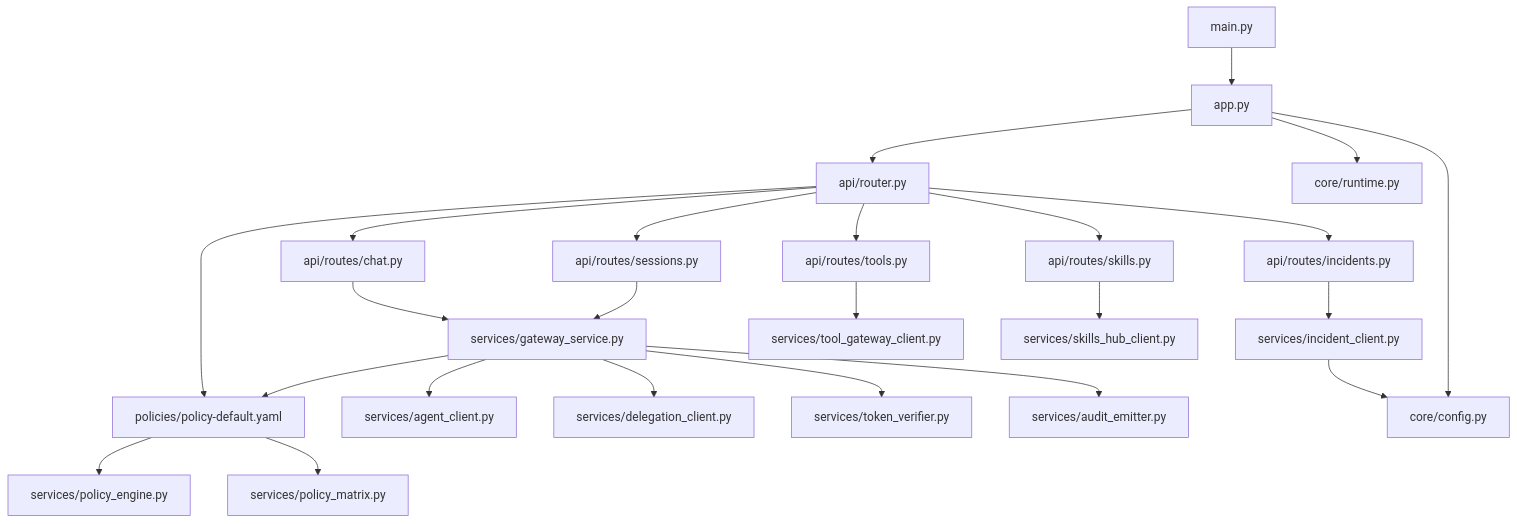
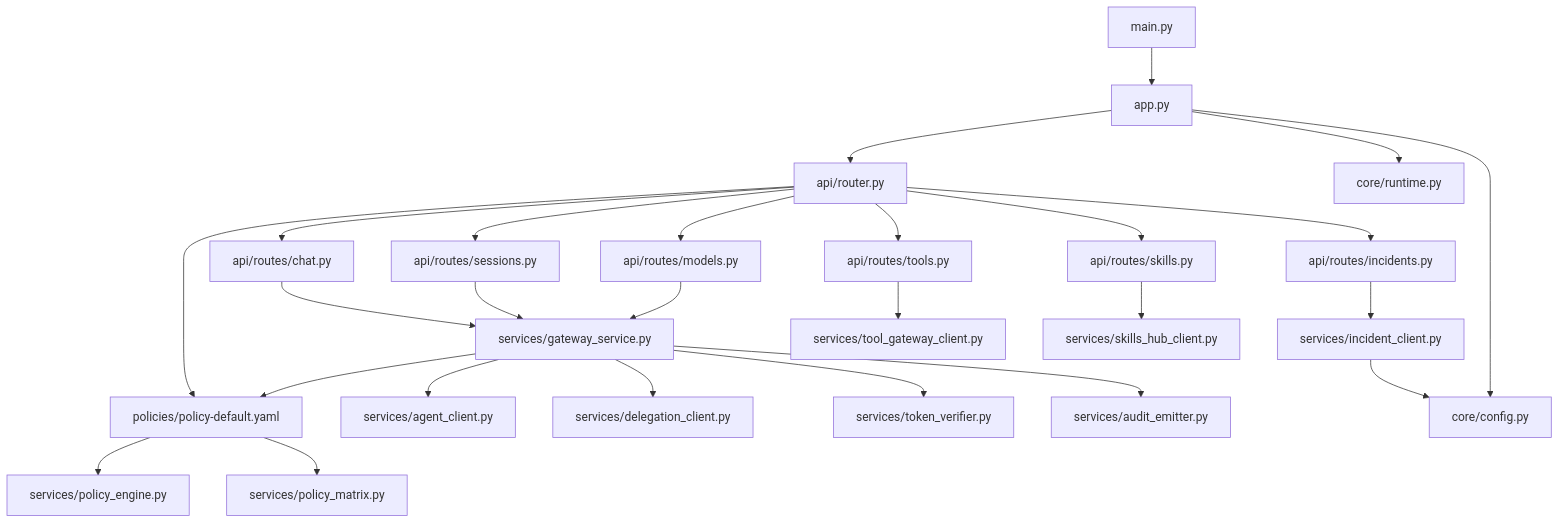
One commit to metasync/luban-aiops changed diagram 15 of 15 in .qoder/repowiki/en/content/Architecture Documentation/Platform Gateway Service.md. Above: the diagram before and after it, drawn with Mermaid. The commit also changed other lines of this file and 24 other files, not shown here.

````diff
--- a/.qoder/repowiki/en/content/Architecture Documentation/Platform Gateway Service.md
+++ b/.qoder/repowiki/en/content/Architecture Documentation/Platform Gateway Service.md
@@ -1013,26 +923,28 @@
 ```mermaid
 graph TB
 Main["main.py"] --> App["app.py"]
 App --> Router["api/router.py"]
 Router --> Chat["api/routes/chat.py"]
 Router --> Sessions["api/routes/sessions.py"]
 Router --> Incidents["api/routes/incidents.py"]
 Router --> Policy["api/routes/policy.py"]
 Router --> Tools["api/routes/tools.py"]
 Router --> Skills["api/routes/skills.py"]
+Router --> Models["api/routes/models.py"]
 Chat --> GwSvc["services/gateway_service.py"]
 Sessions --> GwSvc
 Incidents --> IncClient["services/incident_client.py"]
 Policy --> PolEngine["services/policy_engine.py"]
 Policy --> PolMatrix["services/policy_matrix.py"]
 Tools --> TgClient["services/tool_gateway_client.py"]
 Skills --> ShClient["services/skills_hub_client.py"]
+Models --> GwSvc
 GwSvc --> Agent["services/agent_client.py"]
 GwSvc --> Deleg["services/delegation_client.py"]
 GwSvc --> Verify["services/token_verifier.py"]
 GwSvc --> Policy["policies/policy-default.yaml"]
 GwSvc --> Audit["services/audit_emitter.py"]
 IncClient --> Config["core/config.py"]
 App --> Config
 App --> Runtime["core/runtime.py"]
 ```
````
